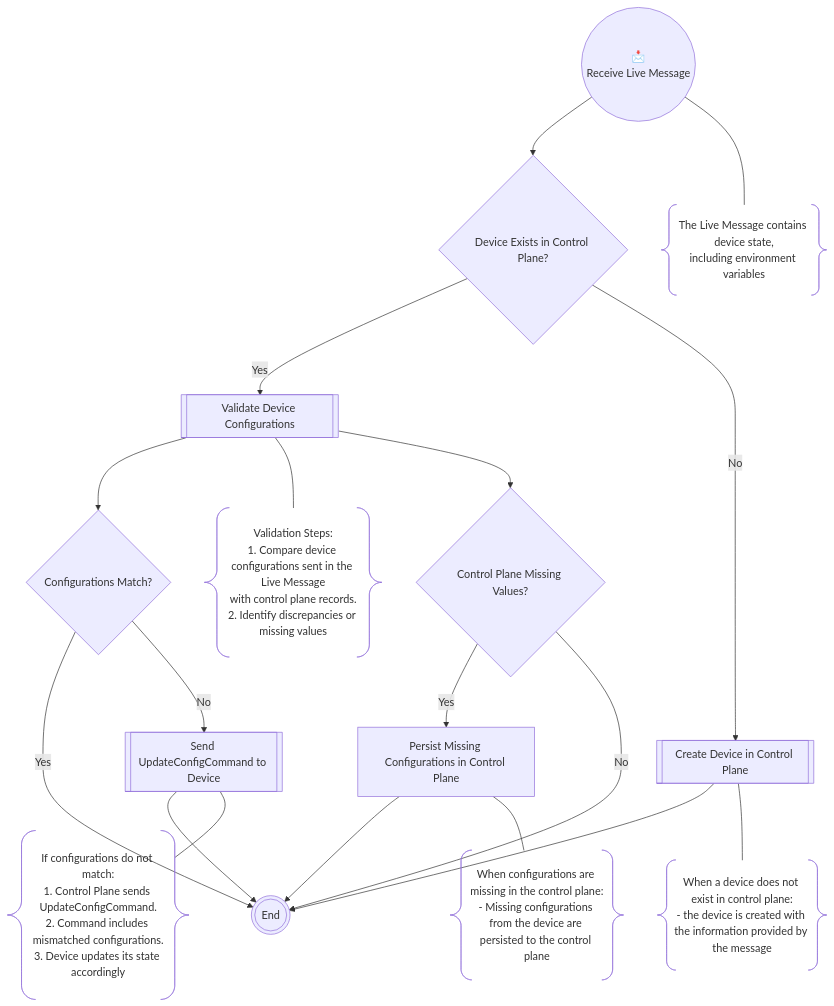
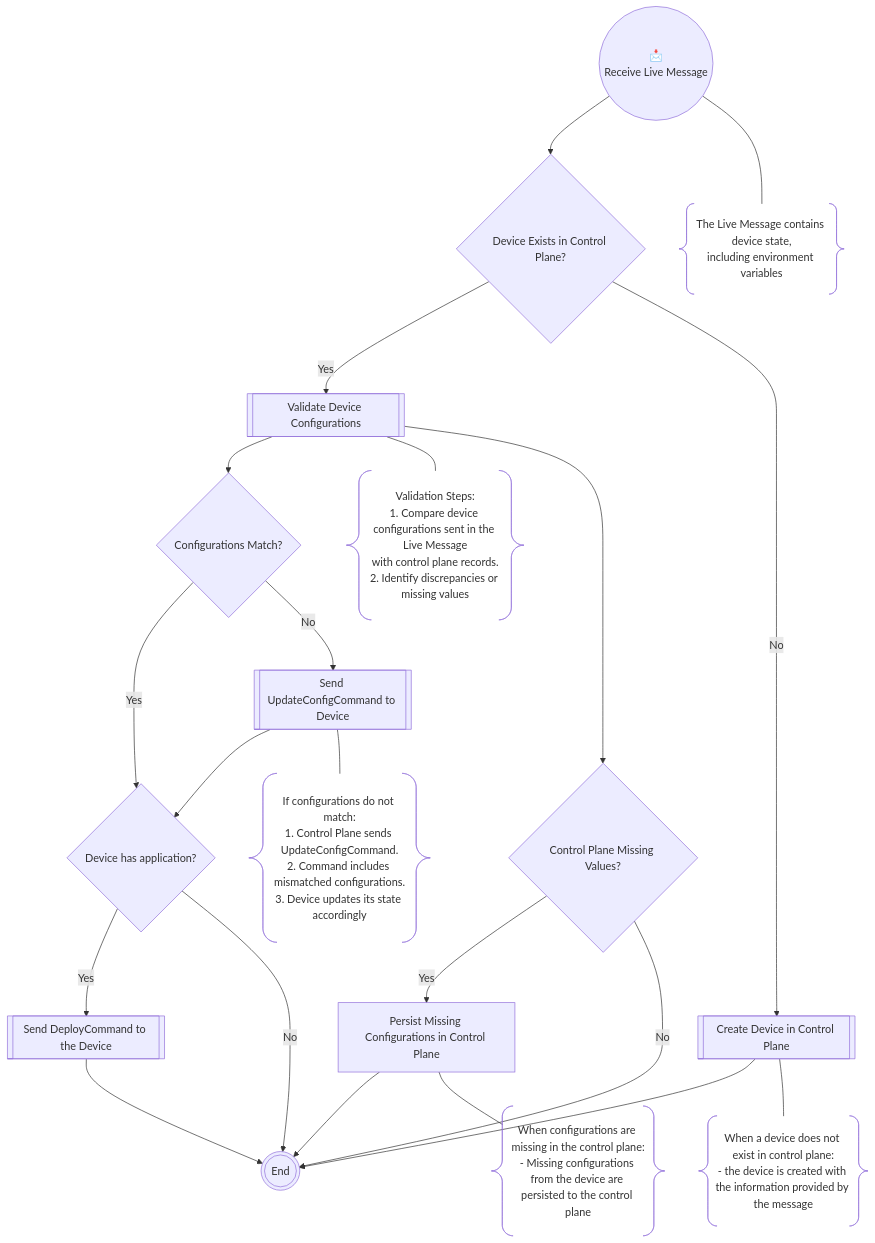
One commit to upv-tfm-iot/documentation changed the diagram in _pages/7-live-message-flow.md. Above: the diagram before and after it, drawn with Mermaid.

Commit message:
update project

````diff
--- a/_pages/7-live-message-flow.md
+++ b/_pages/7-live-message-flow.md
@@ -11,33 +11,38 @@
 ```mermaid
 flowchart TD
     ReceiveMessage@{ shape: circle, label: "📩 <br/>Receive Live Message" }
     ReceiveMessage --> DeviceExists{Device Exists in Control Plane?}    
     ReceiveMessage --- NoteReceive
 
     %% Device existence check
     DeviceExists -- Yes --> ValidateConfigurations@{ shape: subproc, label: "Validate Device Configurations"}
     DeviceExists -- No --> CreateDevice@{ shape: subproc, label: "Create Device in Control Plane"}
     CreateDevice --> End@{ shape: dbl-circ, label: "End" }
     CreateDevice --- NoteCreate
 
     %% Validation configurations path
     ValidateConfigurations --> ConfigurationsMatch{Configurations Match?}
-    ConfigurationsMatch -- Yes --> End
+    ConfigurationsMatch -- Yes --> DeviceHasApplication{Device has application?}
     ConfigurationsMatch -- No --> UpdateCommand@{ shape: subproc, label: "Send UpdateConfigCommand to Device"}
-    UpdateCommand --> End
+    UpdateCommand --> DeviceHasApplication
     ValidateConfigurations --- NoteValidate
     UpdateCommand --- NoteUpdate
 
     %% Control Plane Missing Values Path
     ValidateConfigurations --> MissingValues{Control Plane Missing Values?}
     MissingValues -- Yes --> PersistConfig[Persist Missing Configurations in Control Plane]
     PersistConfig --> End
     MissingValues -- No --> End
     PersistConfig --- NotePersist
-    
+
+    %% Check if the device has an application associated with it
+    DeviceHasApplication -- Yes --> DeployCommand@{ shape: subproc, label: "Send DeployCommand to the Device"}
+    DeviceHasApplication -- No --> End
+    DeployCommand --> End
+
     NoteReceive@{ shape: braces, label: "The Live Message contains device state,<br/>including environment variables" }
     NoteCreate@{ shape: braces, label: "When a device does not exist in control plane:<br/>- the device is created with the information provided by the message"}
     NoteValidate@{ shape: braces, label: "Validation Steps:<br/>1. Compare device configurations sent in the Live Message<br/>with control plane records.<br/>2. Identify discrepancies or missing values" }
     NoteUpdate@{ shape: braces, label: "If configurations do not match:<br/>1. Control Plane sends UpdateConfigCommand.<br/>2. Command includes mismatched configurations.<br/>3. Device updates its state accordingly"}
     NotePersist@{ shape: braces, label: "When configurations are missing in the control plane:<br/>- Missing configurations from the device are persisted to the control plane" }
 ```
````
